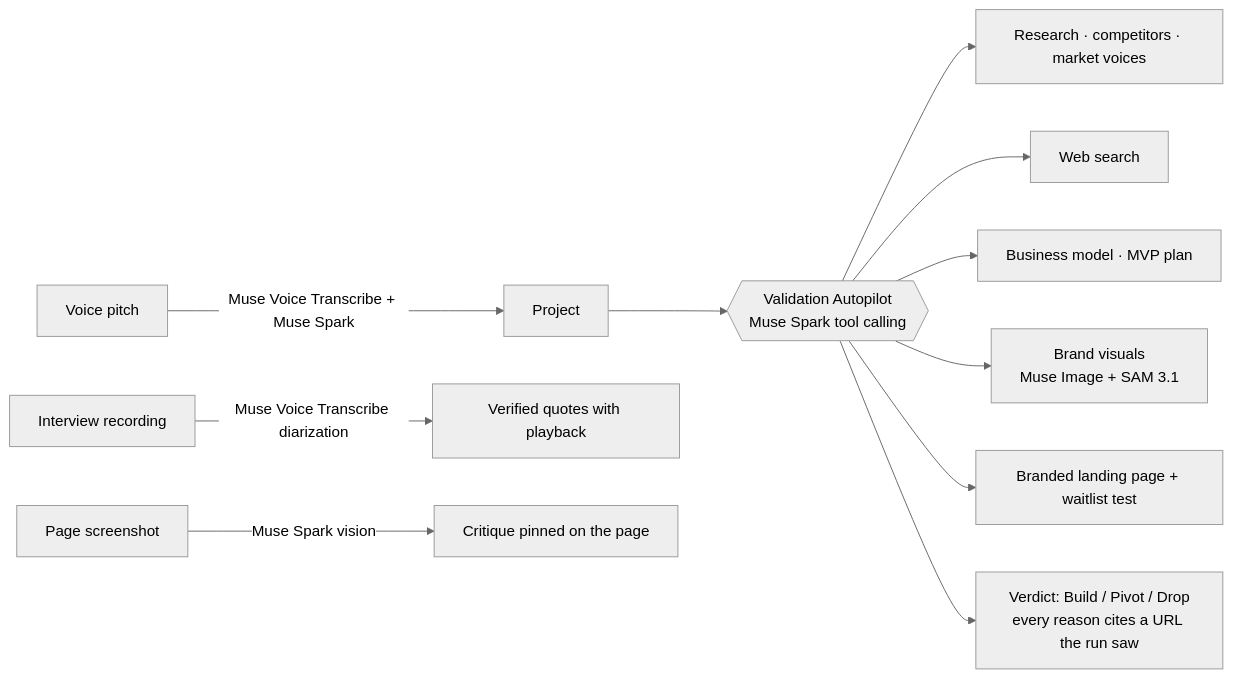
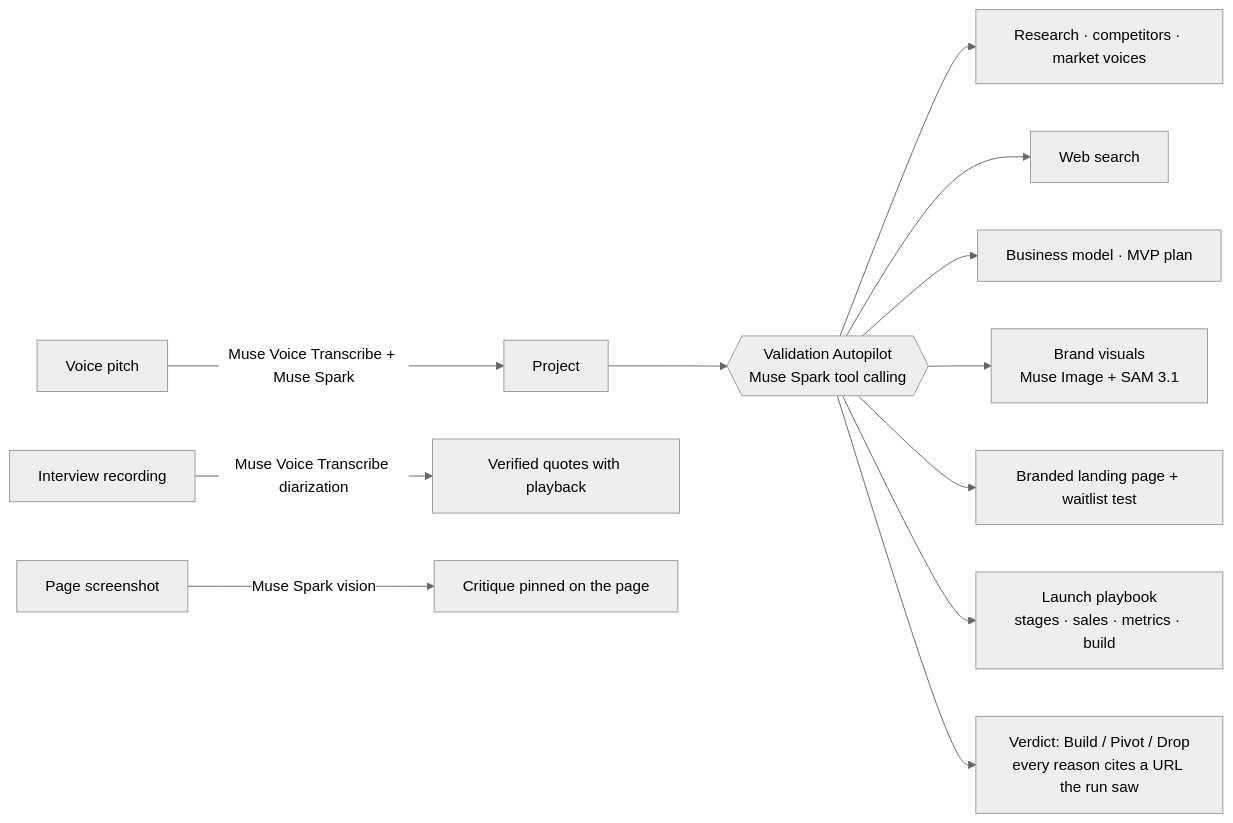
Before and after one commit to youcefbedrani/meta-ai-developer-cerebralvalley: the diagram in HACKATHON.md, drawn with Mermaid (neutral theme). The commit also changed other lines of this file and 21 other files, not shown here.

First line of the commit message:
Hackathon: Launch playbook, from idea to market in one plan

````diff
--- a/HACKATHON.md
+++ b/HACKATHON.md
@@ -134,13 +159,14 @@
 ```mermaid
 flowchart LR
   V[Voice pitch] -->|Muse Voice Transcribe + Muse Spark| P[Project]
   P --> A{{Validation Autopilot<br/>Muse Spark tool calling}}
   A --> R[Research · competitors · market voices]
   A --> W[Web search]
   A --> B[Business model · MVP plan]
   A --> D[Brand visuals<br/>Muse Image + SAM 3.1]
   A --> L[Branded landing page + waitlist test]
+  A --> G[Launch playbook<br/>stages · sales · metrics · build]
   A --> X[Verdict: Build / Pivot / Drop<br/>every reason cites a URL the run saw]
   I[Interview recording] -->|Muse Voice Transcribe diarization| Q[Verified quotes with playback]
   S[Page screenshot] -->|Muse Spark vision| C[Critique pinned on the page]
 ```
````
